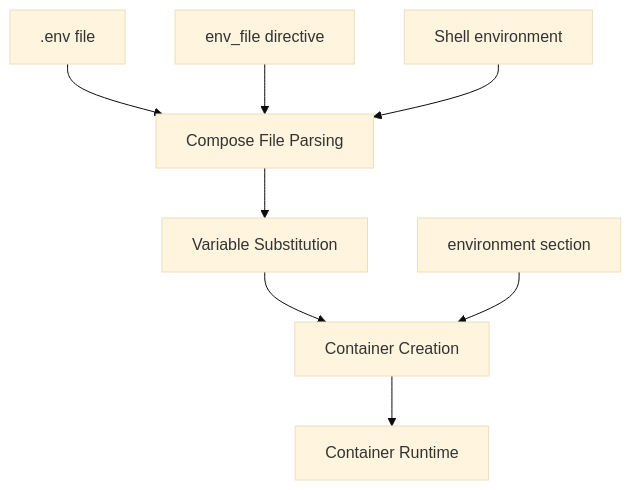
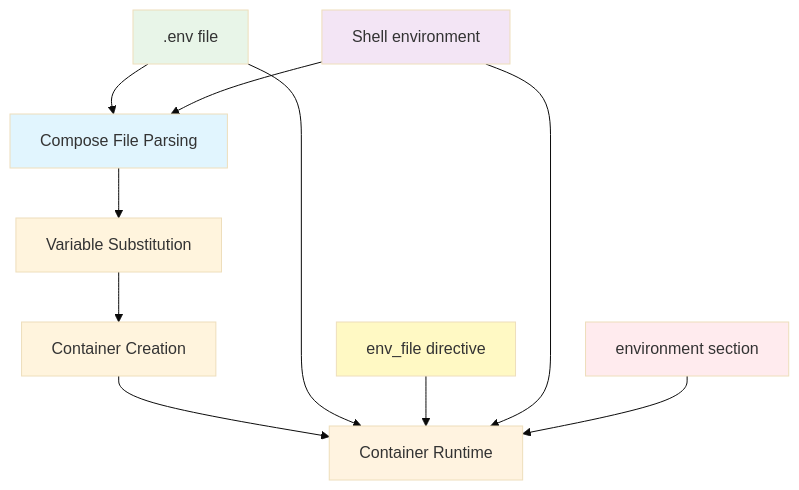
The diagram in DOCKER-COMPOSE-ENV-VARS-GUIDE.md (marioja/test-stack-env), drawn with Mermaid (base theme) before and after one commit. The commit also changed other lines of this file, not shown here.

Commit message:
Enhance flow diagram in Docker Compose guide to clarify environment variable sources and their roles during compose-time and runtime

````diff
--- a/DOCKER-COMPOSE-ENV-VARS-GUIDE.md
+++ b/DOCKER-COMPOSE-ENV-VARS-GUIDE.md
@@ -44,11 +44,20 @@
 ```mermaid
 graph TD
     A[Compose File Parsing] --> B[Variable Substitution]
     B --> C[Container Creation]
     C --> D[Container Runtime]
     
     E[.env file] --> A
-    F[env_file directive] --> A
+    E --> D
+    F[env_file directive] --> D
     G[Shell environment] --> A
-    H[environment section] --> C
+    G --> D
+    H[environment section] --> D
+    
+    style A fill:#e1f5fe
+    style D fill:#fff3e0
+    style E fill:#e8f5e8
+    style F fill:#fff9c4
+    style G fill:#f3e5f5
+    style H fill:#ffebee
 ```
````
